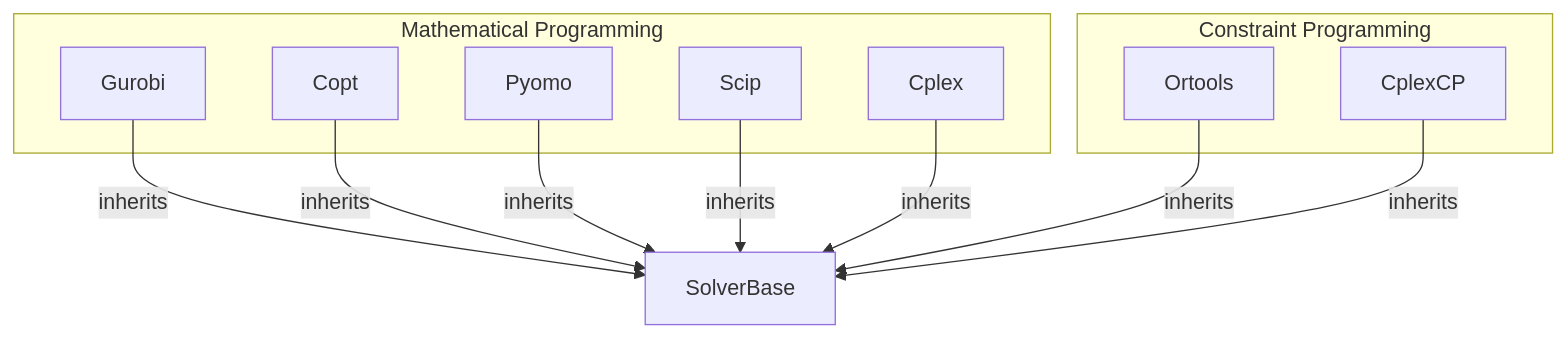
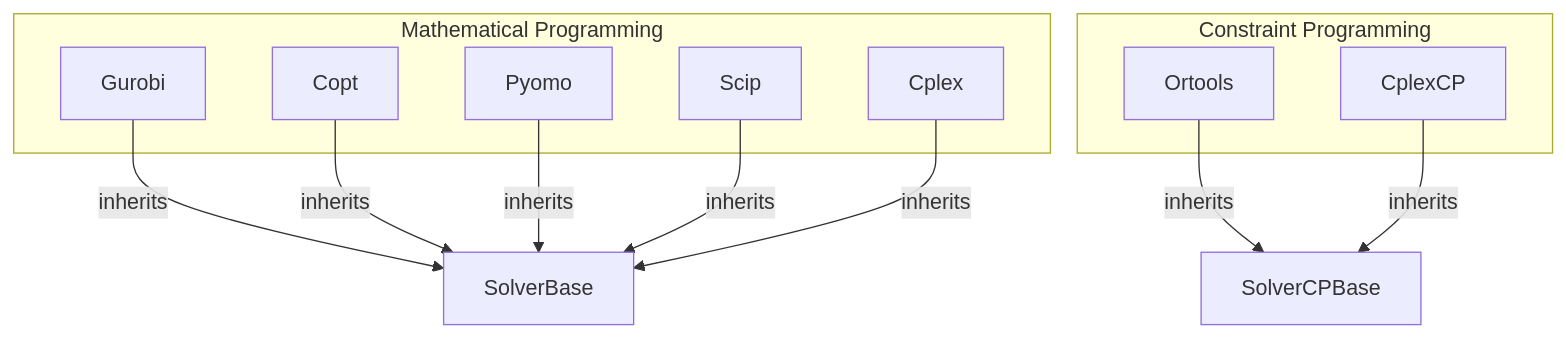
One commit to sharabhshukla/BendersLib changed the diagram in docs/source/manual/solver.rst. Above: the diagram before and after it, drawn with Mermaid. The commit also changed other lines of this file, not shown here.

Commit message:
docs(manual): update inheritance for `Ortools` and `CplexCP`

```diff
--- a/docs/source/manual/solver.rst
+++ b/docs/source/manual/solver.rst
@@ -278,25 +278,25 @@
 .. mermaid::
     :caption: Solver Interface Inheritance Diagram
     :align: center
 
     flowchart TB
         subgraph "Mathematical Programming"
             Gurobi
             Copt
             Pyomo
             Scip
             Cplex
         end
 
         subgraph "Constraint Programming"
             Ortools
             CplexCP
         end
 
         Gurobi -- inherits --> SolverBase
         Copt -- inherits --> SolverBase
         Pyomo -- inherits --> SolverBase
         Scip -- inherits --> SolverBase
         Cplex -- inherits --> SolverBase
-        Ortools -- inherits --> SolverBase
-        CplexCP -- inherits --> SolverBase
+        Ortools -- inherits --> SolverCPBase
+        CplexCP -- inherits --> SolverCPBase
```
